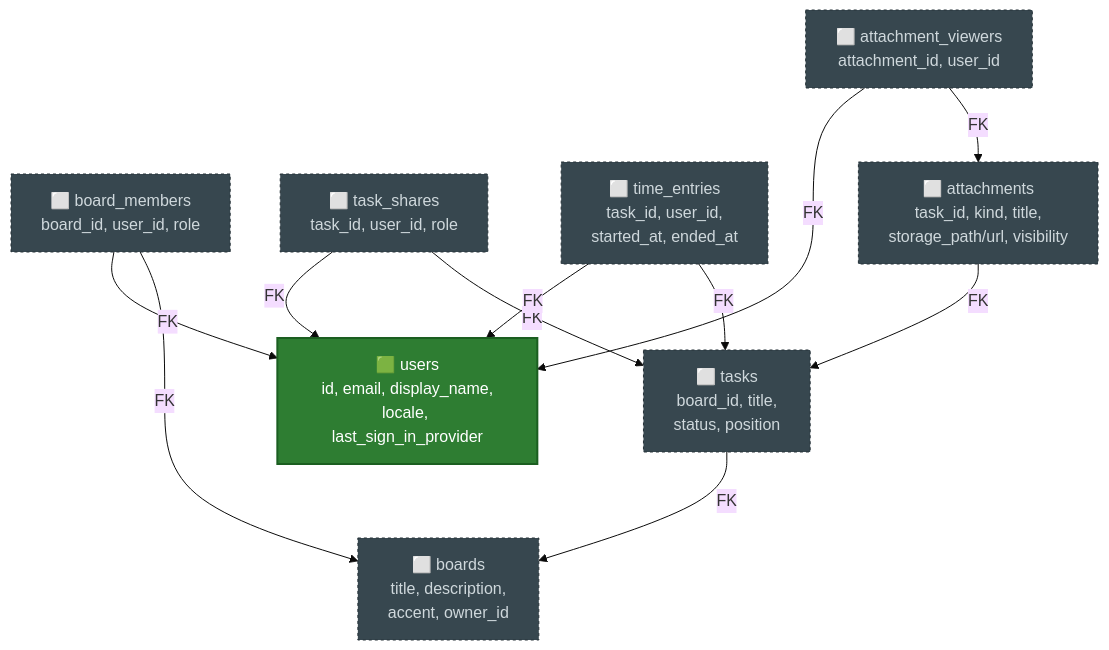
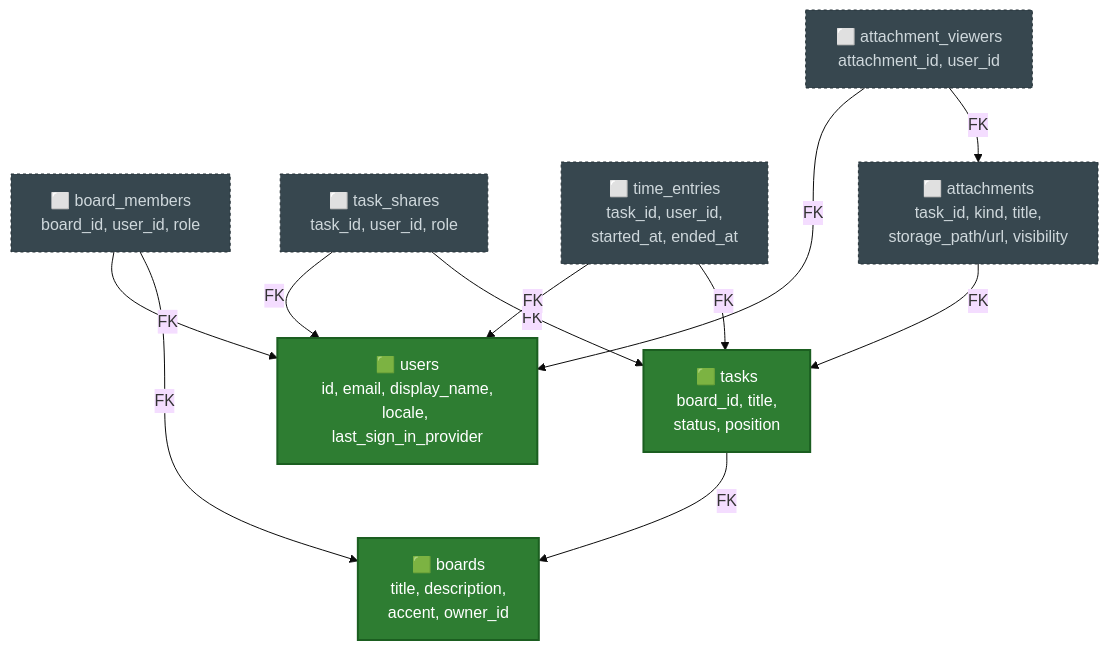
The fourth of 4 diagrams in PROJECT_MAP.md (ansukhorukova/learn-it), drawn with Mermaid (base theme) before and after one commit. The commit also changed other lines of this file and 1 other file, not shown here.

Commit message:
docs: update PROJECT_MAP.md — Boards/Board view/Task CRUD позначено done після Approve з фіксом concurrency-багів

````diff
--- a/PROJECT_MAP.md
+++ b/PROJECT_MAP.md
@@ -148,32 +149,32 @@
 ```mermaid
 graph TD
   classDef done fill:#2e7d32,color:#ffffff,stroke:#1b5e20,stroke-width:2px;
   classDef progress fill:#f9a825,color:#1a1a1a,stroke:#f57f17,stroke-width:2px;
   classDef planned fill:#37474f,color:#cfd8dc,stroke:#263238,stroke-width:1px,stroke-dasharray: 3 3;
 
   DB_BoardMembers["⬜ board_members<br/>board_id, user_id, role"]
   DB_TaskShares["⬜ task_shares<br/>task_id, user_id, role"]
   DB_TimeEntries["⬜ time_entries<br/>task_id, user_id,<br/>started_at, ended_at"]
   DB_AttachmentViewers["⬜ attachment_viewers<br/>attachment_id, user_id"]
 
   DB_Users["🟩 users<br/>id, email, display_name,<br/>locale, last_sign_in_provider"]
   DB_Attachments["⬜ attachments<br/>task_id, kind, title,<br/>storage_path/url, visibility"]
 
-  DB_Tasks["⬜ tasks<br/>board_id, title,<br/>status, position"]
+  DB_Tasks["🟩 tasks<br/>board_id, title,<br/>status, position"]
 
-  DB_Boards["⬜ boards<br/>title, description,<br/>accent, owner_id"]
+  DB_Boards["🟩 boards<br/>title, description,<br/>accent, owner_id"]
 
   DB_BoardMembers -->|FK| DB_Boards
   DB_BoardMembers -->|FK| DB_Users
   DB_TaskShares -->|FK| DB_Tasks
   DB_TaskShares -->|FK| DB_Users
   DB_TimeEntries -->|FK| DB_Tasks
   DB_TimeEntries -->|FK| DB_Users
   DB_AttachmentViewers -->|FK| DB_Attachments
   DB_AttachmentViewers -->|FK| DB_Users
   DB_Attachments -->|FK| DB_Tasks
   DB_Tasks -->|FK| DB_Boards
 
-  class DB_Users done;
-  class DB_BoardMembers,DB_TaskShares,DB_TimeEntries,DB_AttachmentViewers,DB_Attachments,DB_Tasks,DB_Boards planned;
+  class DB_Users,DB_Tasks,DB_Boards done;
+  class DB_BoardMembers,DB_TaskShares,DB_TimeEntries,DB_AttachmentViewers,DB_Attachments planned;
 ```
````
